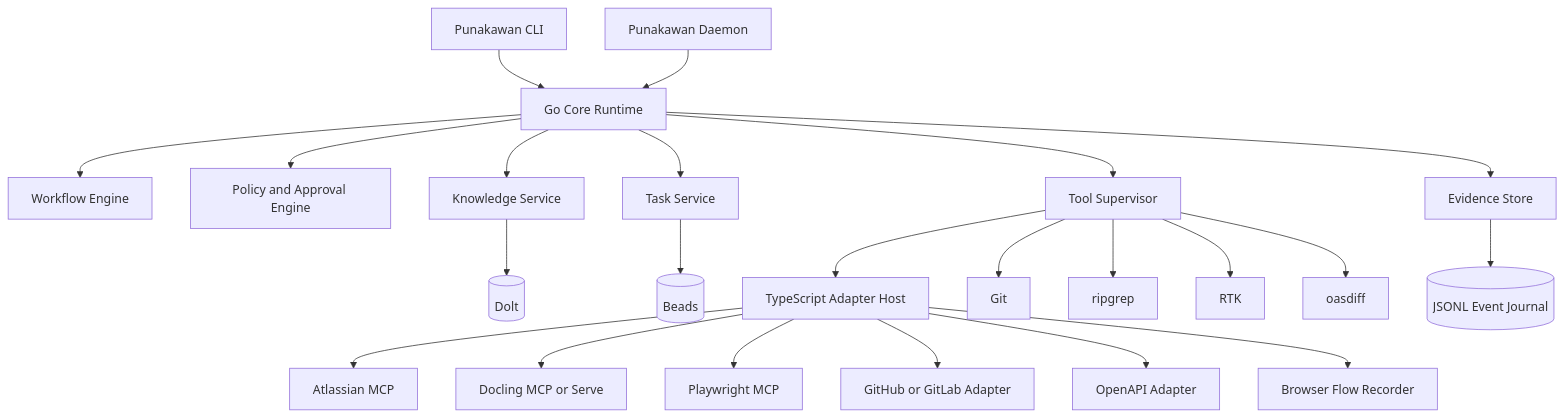
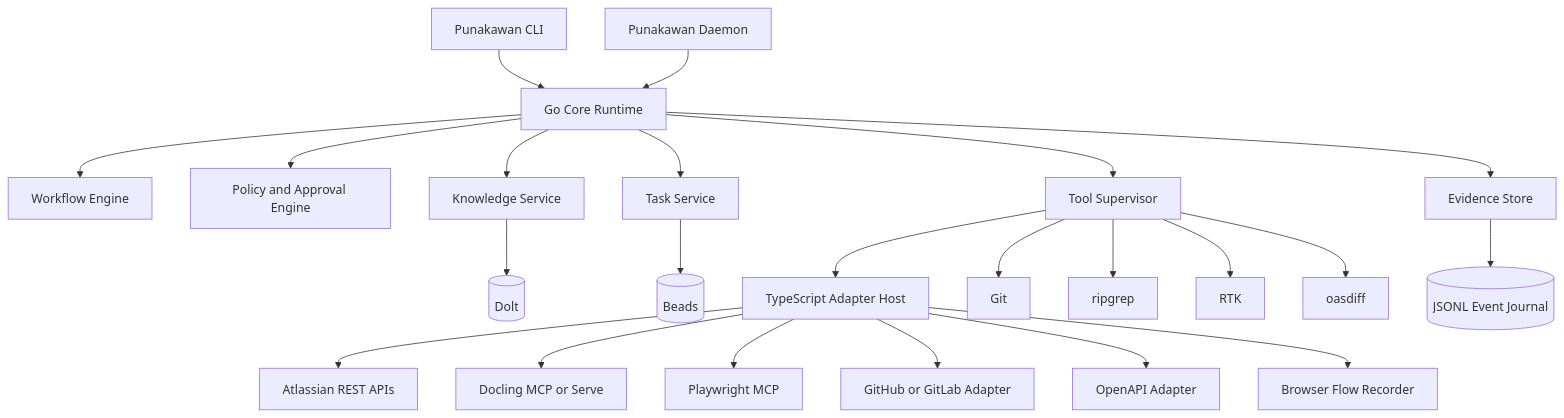
The first of 2 diagrams in punakawan-go-typescript-detailed-plan.md (gdncomm-yunaz-ramadhan/punakawan), drawn with Mermaid before and after one commit. The commit also changed other lines of this file and 30 other files, not shown here.

Commit message:
adapter-atlassian: replace Rovo with direct REST

````diff
--- a/punakawan-go-typescript-detailed-plan.md
+++ b/punakawan-go-typescript-detailed-plan.md
@@ -99,37 +99,37 @@
 ```mermaid
 flowchart TB
     CLI[Punakawan CLI]
     DAEMON[Punakawan Daemon]
     CORE[Go Core Runtime]
     WF[Workflow Engine]
     POLICY[Policy and Approval Engine]
     KNOW[Knowledge Service]
     TASKS[Task Service]
     TOOL[Tool Supervisor]
     EVID[Evidence Store]
 
     CLI --> CORE
     DAEMON --> CORE
     CORE --> WF
     CORE --> POLICY
     CORE --> KNOW
     CORE --> TASKS
     CORE --> TOOL
     CORE --> EVID
 
     TOOL --> TS[TypeScript Adapter Host]
-    TS --> ATL[Atlassian MCP]
+    TS --> ATL[Atlassian REST APIs]
     TS --> DOC[Docling MCP or Serve]
     TS --> PW[Playwright MCP]
     TS --> GH[GitHub or GitLab Adapter]
     TS --> API[OpenAPI Adapter]
     TS --> REC[Browser Flow Recorder]
 
     KNOW --> DOLT[(Dolt)]
     TASKS --> BEADS[(Beads)]
     EVID --> JSONL[(JSONL Event Journal)]
     TOOL --> GIT[Git]
     TOOL --> RG[ripgrep]
     TOOL --> RTK[RTK]
     TOOL --> OAS[oasdiff]
 ```
````
